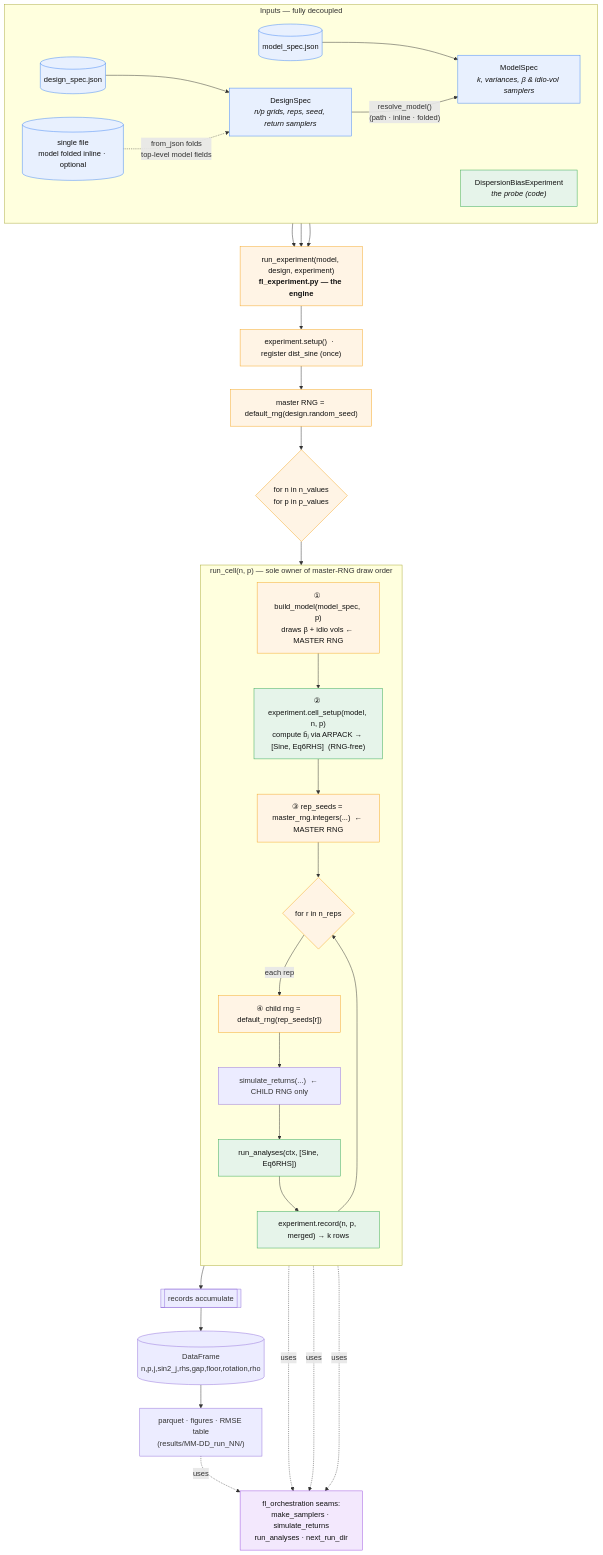
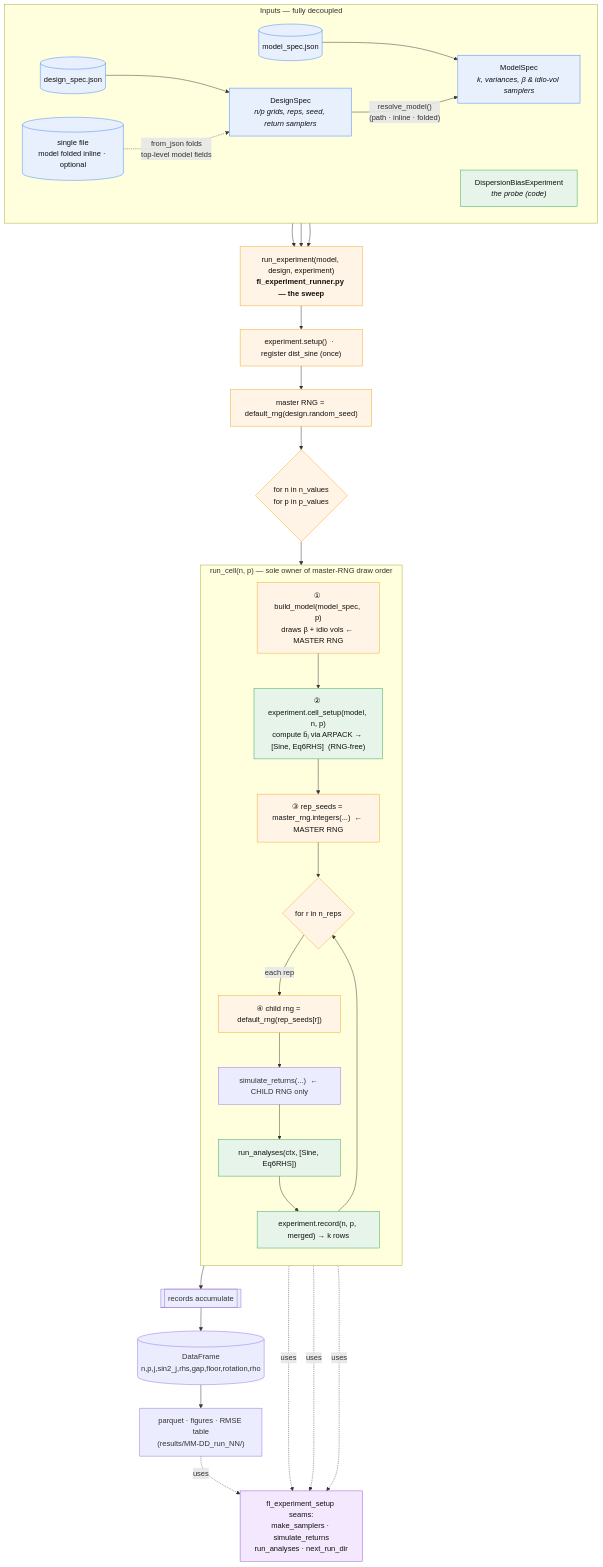
One commit to nlgac/factor_lab changed the first of 2 diagrams in docs/architecture_flowchart.md. Above: the diagram before and after it, drawn with Mermaid. The commit also changed other lines of this file and 10 other files, not shown here.

First line of the commit message:
Split the engine into fl_experiment_setup + fl_experiment_runner.

````diff
--- a/docs/architecture_flowchart.md
+++ b/docs/architecture_flowchart.md
@@ -10,55 +11,55 @@
 ```mermaid
 flowchart TD
     %% ── Inputs ──────────────────────────────────────────────
     subgraph IN["Inputs — fully decoupled"]
         direction LR
         MJSON[("model_spec.json")] --> MS["ModelSpec<br/><i>k, variances, β &amp; idio-vol samplers</i>"]
         DJSON[("design_spec.json")] --> DS["DesignSpec<br/><i>n/p grids, reps, seed, return samplers</i>"]
         DS -- "resolve_model()<br/>(path · inline · folded)" --> MS
         UNI[("single file<br/>model folded inline · optional")] -. "from_json folds<br/>top-level model fields" .-> DS
         PROBE["DispersionBiasExperiment<br/><i>the probe (code)</i>"]
     end
 
     %% ── Engine ──────────────────────────────────────────────
     MS --> RUN
     DS --> RUN
-    PROBE --> RUN["run_experiment(model, design, experiment)<br/><b>fl_experiment.py — the engine</b>"]
+    PROBE --> RUN["run_experiment(model, design, experiment)<br/><b>fl_experiment_runner.py — the sweep</b>"]
     RUN --> SETUP["experiment.setup()  ·  register dist_sine (once)"]
     SETUP --> SEED["master RNG = default_rng(design.random_seed)"]
     SEED --> SWEEP{"for n in n_values<br/>for p in p_values"}
 
     %% ── Per-cell loop (owns the draw order) ─────────────────
     SWEEP --> CELL
     subgraph CELL["run_cell(n, p) — sole owner of master-RNG draw order"]
         direction TB
         C1["① build_model(model_spec, p)<br/>draws β + idio vols ← MASTER RNG"]
         C2["② experiment.cell_setup(model, n, p)<br/>compute b̄ⱼ via ARPACK → [Sine, Eq6RHS]  (RNG-free)"]
         C3["③ rep_seeds = master_rng.integers(...)  ← MASTER RNG"]
         C4{"for r in n_reps"}
         C5["④ child rng = default_rng(rep_seeds[r])"]
         C6["simulate_returns(...)  ← CHILD RNG only"]
         C7["run_analyses(ctx, [Sine, Eq6RHS])"]
         C8["experiment.record(n, p, merged) → k rows"]
         C1 --> C2 --> C3 --> C4
         C4 -->|each rep| C5 --> C6 --> C7 --> C8 --> C4
     end
 
     CELL --> ROWS[["records accumulate"]]
     ROWS --> DF[("DataFrame<br/>n,p,j,sin2_j,rhs,gap,floor,rotation,rho")]
     DF --> OUT["parquet · figures · RMSE table<br/>(results/MM-DD_run_NN/)"]
 
-    %% ── Seams used (fl_orchestration) ───────────────────────
-    C1 -. uses .-> SEAM["fl_orchestration seams:<br/>make_samplers · simulate_returns<br/>run_analyses · next_run_dir"]
+    %% ── Seams used (fl_experiment_setup) ─────────────────────
+    C1 -. uses .-> SEAM["fl_experiment_setup seams:<br/>make_samplers · simulate_returns<br/>run_analyses · next_run_dir"]
     C6 -. uses .-> SEAM
     C7 -. uses .-> SEAM
     OUT -. uses .-> SEAM
 
     classDef input fill:#e8f0fe,stroke:#4285f4,color:#111;
     classDef engine fill:#fff4e5,stroke:#f5a623,color:#111;
     classDef probe fill:#e6f4ea,stroke:#34a853,color:#111;
     classDef seam fill:#f3e8fd,stroke:#9b51e0,color:#111;
     class MJSON,DJSON,UNI,MS,DS input;
     class RUN,SETUP,SEED,SWEEP,C1,C3,C4,C5 engine;
     class PROBE,C2,C7,C8 probe;
     class SEAM seam;
 ```
````
